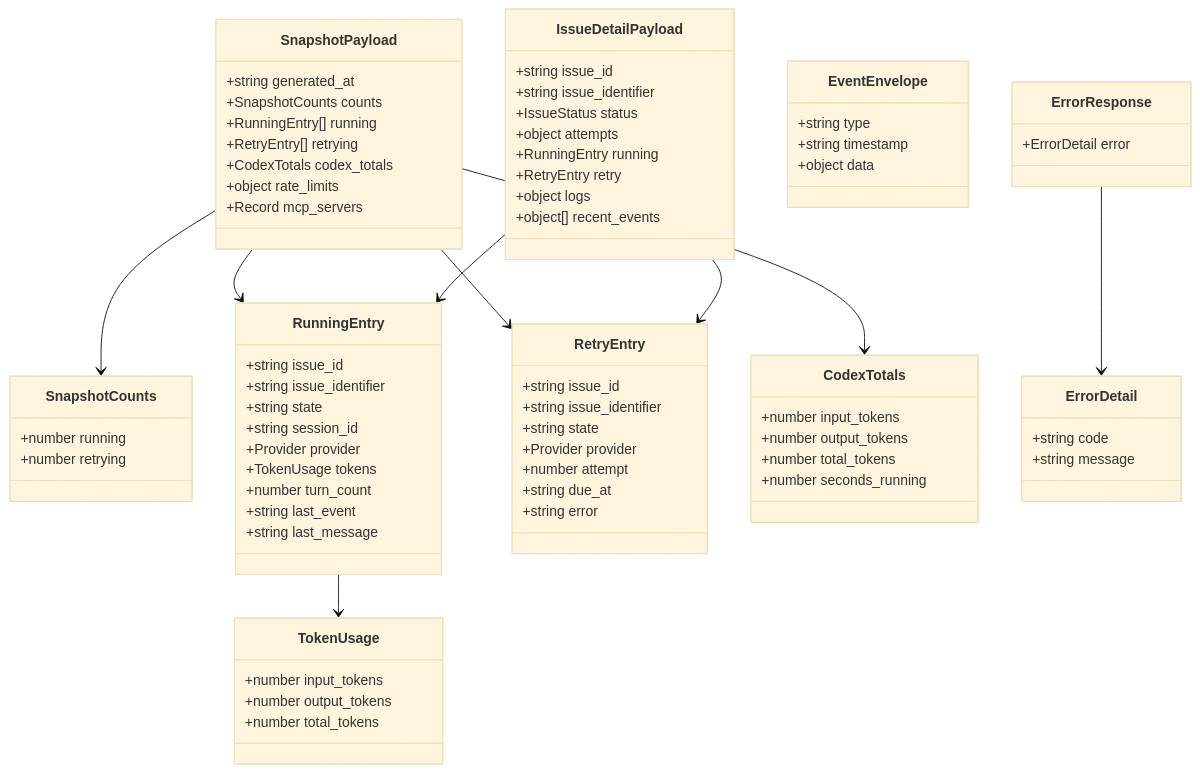
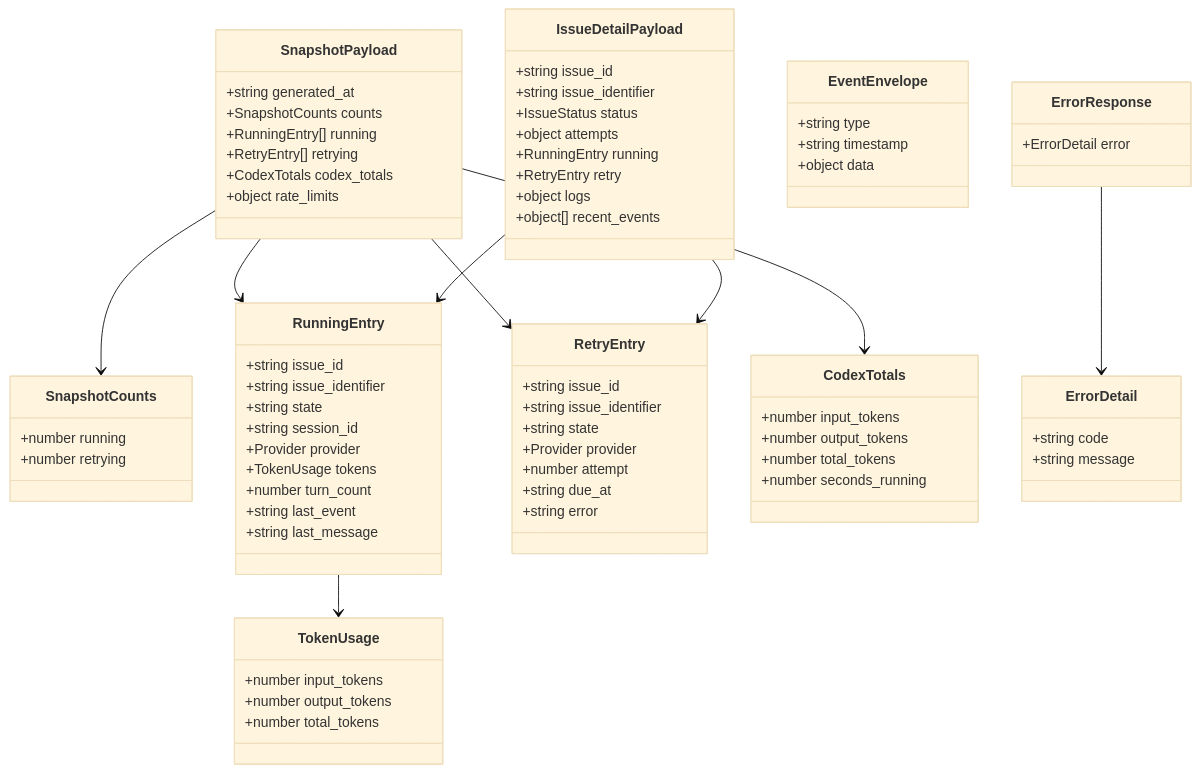
One commit to bradAGI/Orchestra changed the diagram in docs/api/schemas.md. Above: the diagram before and after it, drawn with Mermaid (base theme). The commit also changed other lines of this file, not shown here.

First line of the commit message:
fix(docs): correct API schema response formats for list endpoints

```diff
--- a/docs/api/schemas.md
+++ b/docs/api/schemas.md
@@ -599,7 +600,6 @@
         +RetryEntry[] retrying
         +CodexTotals codex_totals
         +object rate_limits
-        +Record mcp_servers
     }
 
     class SnapshotCounts {
```
